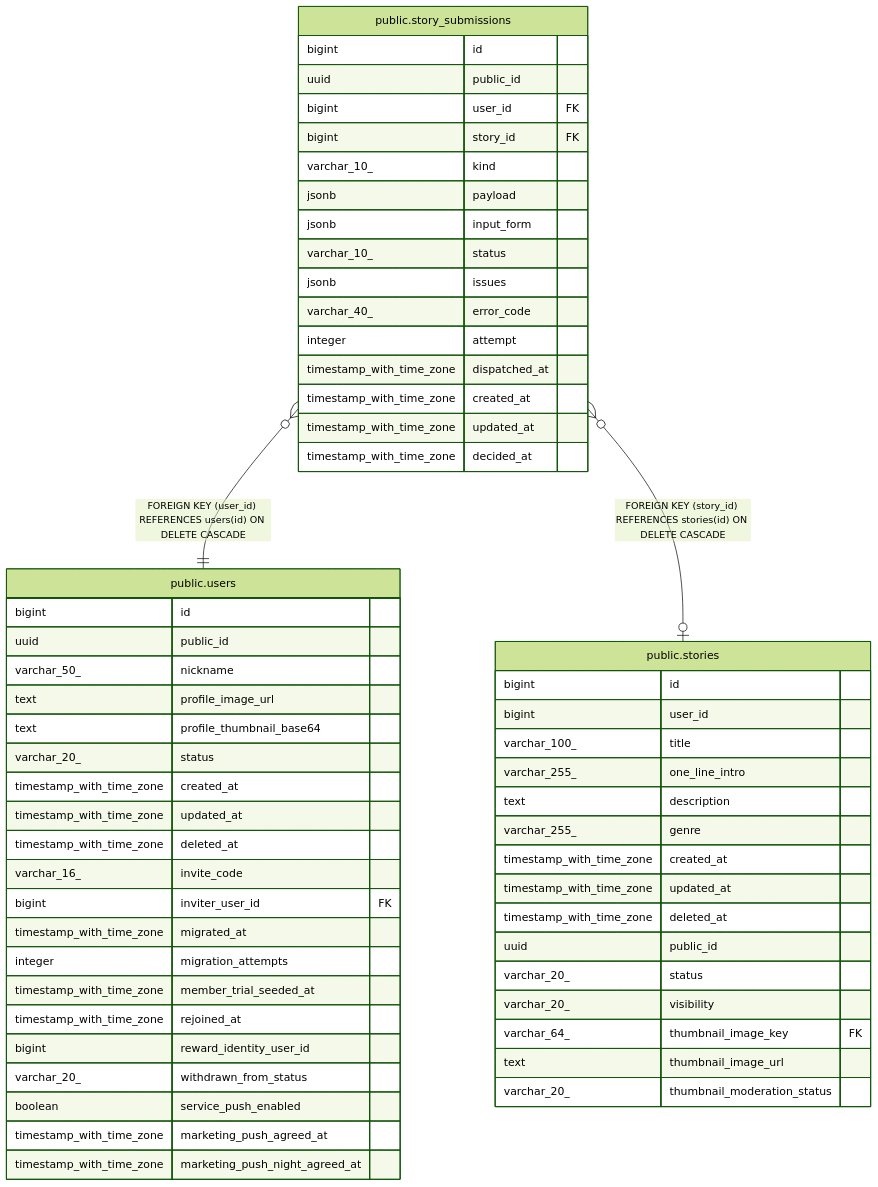
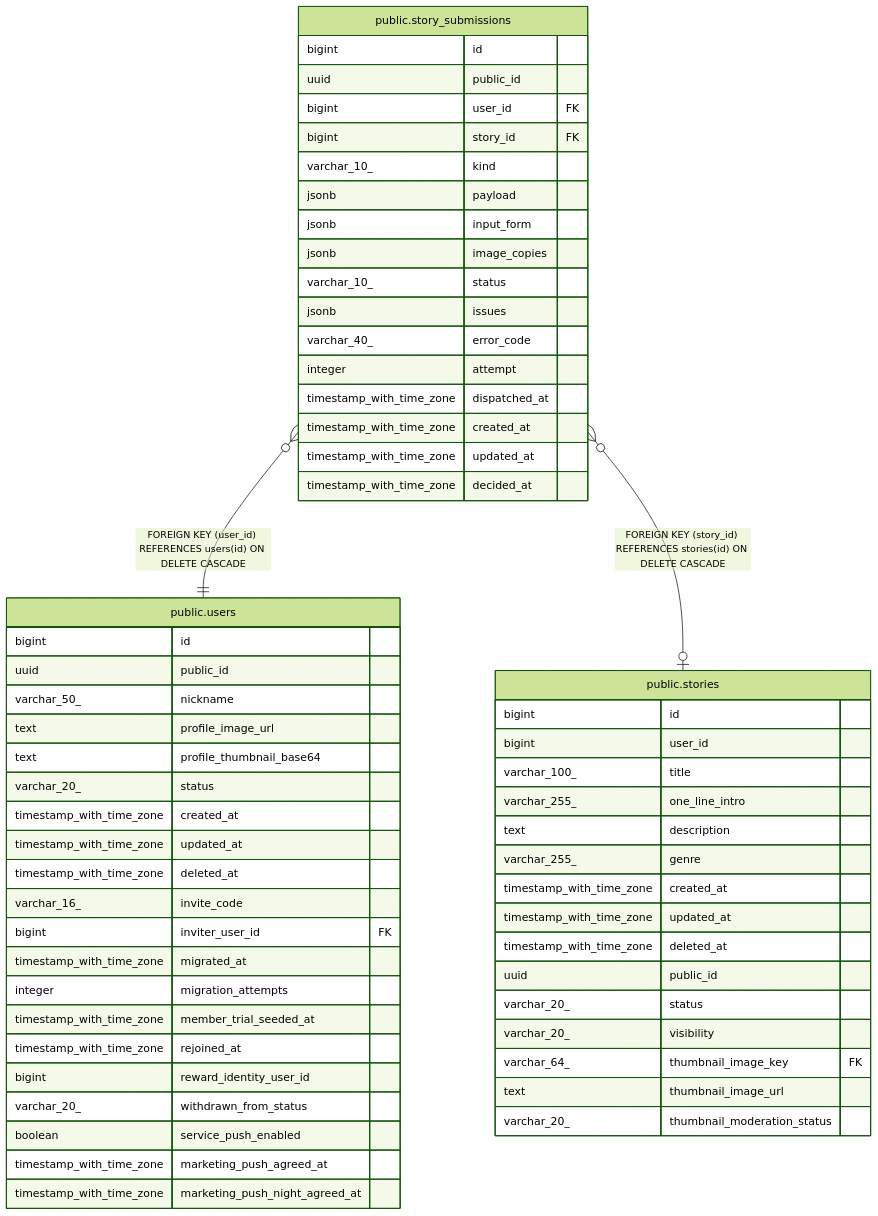
The diagram in dbdoc/public.story_submissions.md (KIM-N-KANG/manyak-server), drawn with Mermaid (forest theme) before and after one commit. The commit also changed other lines of this file and 12 other files, not shown here.

````diff
--- a/dbdoc/public.story_submissions.md
+++ b/dbdoc/public.story_submissions.md
@@ -57,63 +59,64 @@
 ```mermaid
 erDiagram
 
 "public.story_submissions" }o--|| "public.users" : "FOREIGN KEY (user_id) REFERENCES users(id) ON DELETE CASCADE"
 "public.story_submissions" }o--o| "public.stories" : "FOREIGN KEY (story_id) REFERENCES stories(id) ON DELETE CASCADE"
 
 "public.story_submissions" {
   bigint id
   uuid public_id
   bigint user_id FK
   bigint story_id FK
   varchar_10_ kind
   jsonb payload
   jsonb input_form
+  jsonb image_copies
   varchar_10_ status
   jsonb issues
   varchar_40_ error_code
   integer attempt
   timestamp_with_time_zone dispatched_at
   timestamp_with_time_zone created_at
   timestamp_with_time_zone updated_at
   timestamp_with_time_zone decided_at
 }
 "public.users" {
   bigint id
   uuid public_id
   varchar_50_ nickname
   text profile_image_url
   text profile_thumbnail_base64
   varchar_20_ status
   timestamp_with_time_zone created_at
   timestamp_with_time_zone updated_at
   timestamp_with_time_zone deleted_at
   varchar_16_ invite_code
   bigint inviter_user_id FK
   timestamp_with_time_zone migrated_at
   integer migration_attempts
   timestamp_with_time_zone member_trial_seeded_at
   timestamp_with_time_zone rejoined_at
   bigint reward_identity_user_id
   varchar_20_ withdrawn_from_status
   boolean service_push_enabled
   timestamp_with_time_zone marketing_push_agreed_at
   timestamp_with_time_zone marketing_push_night_agreed_at
 }
 "public.stories" {
   bigint id
   bigint user_id
   varchar_100_ title
   varchar_255_ one_line_intro
   text description
   varchar_255_ genre
   timestamp_with_time_zone created_at
   timestamp_with_time_zone updated_at
   timestamp_with_time_zone deleted_at
   uuid public_id
   varchar_20_ status
   varchar_20_ visibility
   varchar_64_ thumbnail_image_key FK
   text thumbnail_image_url
   varchar_20_ thumbnail_moderation_status
 }
 ```
````
